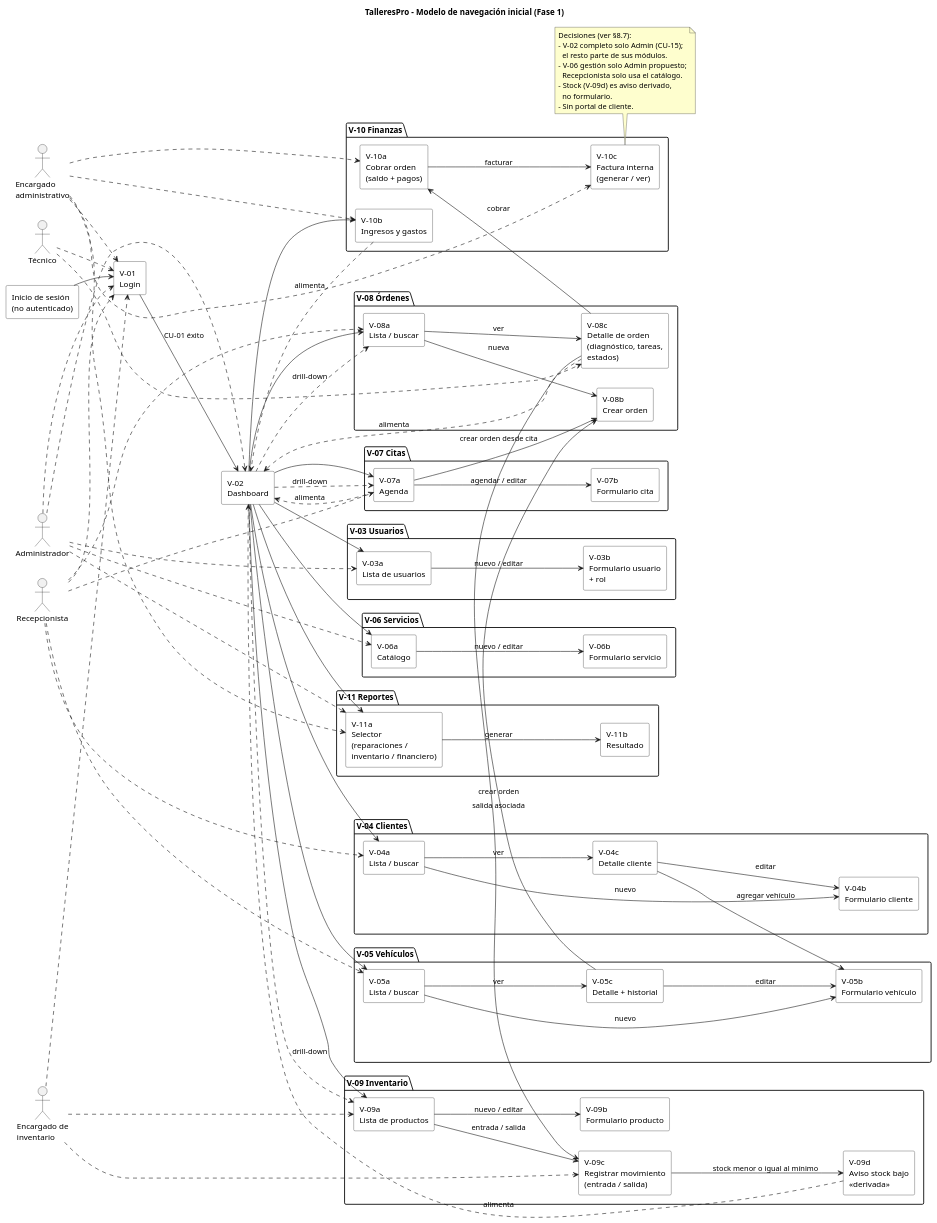
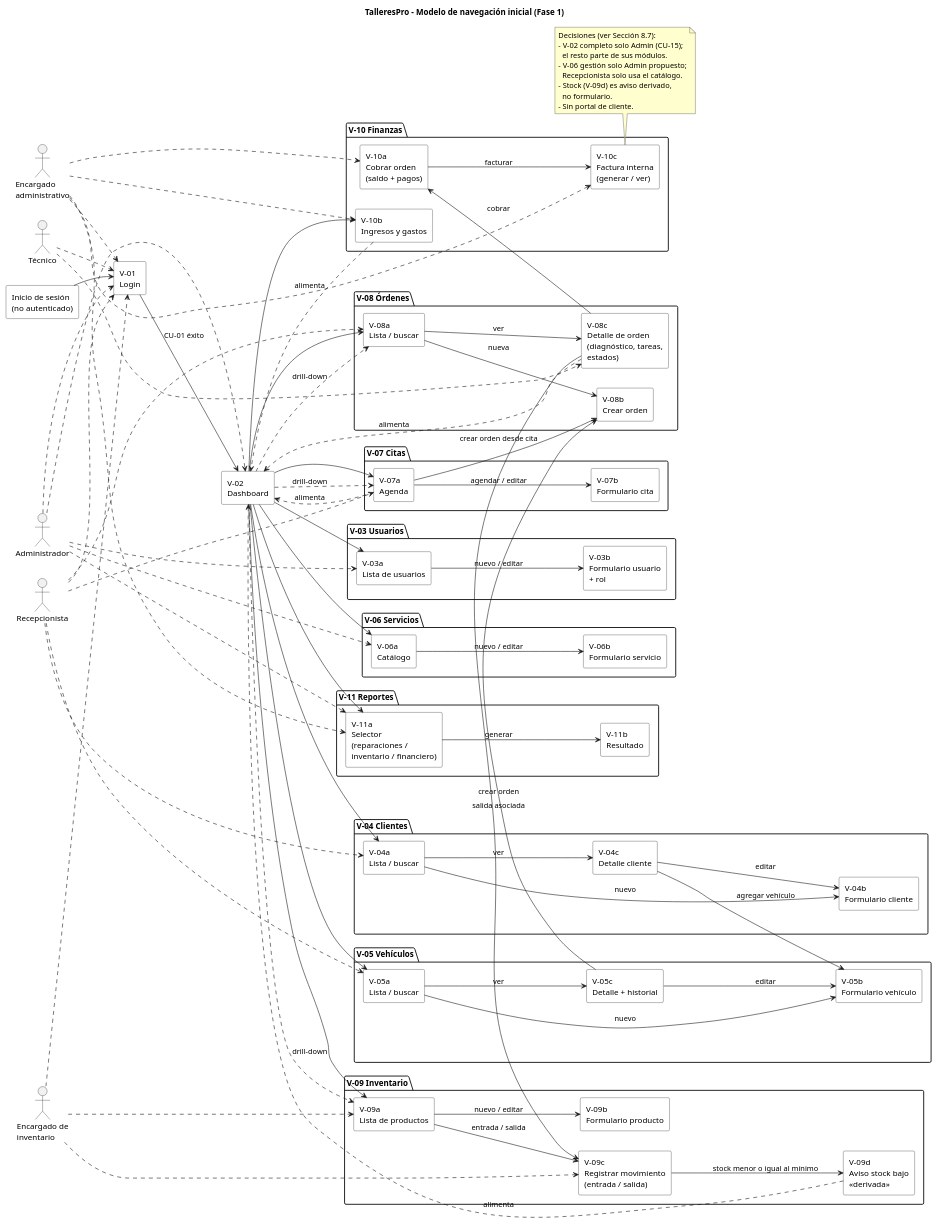
One commit to santty1906/TalleresPro changed the diagram in Fase 1/diagrama_navegacion.puml. Above: the diagram before and after it, drawn with PlantUML. The commit also changed 22 other files, not shown here.

```diff
--- a/Fase 1/diagrama_navegacion.puml
+++ b/Fase 1/diagrama_navegacion.puml
@@ -33,7 +33,7 @@
 
 left to right direction
 
-' ---- Actores (solo accesos principales; ver matriz §8.4) ----
+' ---- Actores (solo accesos principales; ver matriz Sección 8.4) ----
 actor "Administrador" as Admin
 actor "Recepcionista" as Recep
 actor "Técnico" as Tec
@@ -156,7 +156,7 @@
 Stock ..> Dash : alimenta
 F_IG ..> Dash : alimenta
 
-' ---- Accesos principales por rol (punteado; detalle en §8.4) ----
+' ---- Accesos principales por rol (punteado; detalle en Sección 8.4) ----
 ' Todos se autentican (CU-01).
 Admin ..> Login
 Recep ..> Login
@@ -185,14 +185,14 @@
 Admvo ..> F_F
 Admvo ..> R_S
 
-' Consultas secundarias documentadas en §8.4:
+' Consultas secundarias documentadas en Sección 8.4:
 ' Recepcionista y Administrador consultan O_D;
 ' Encargado administrativo e Inventario consultan O_L;
 ' Administrador consulta Inventario y Finanzas.
 ' No se dibujan para evitar saturación; ver matriz.
 
 note bottom of F_F
-  Decisiones (ver §8.7):
+  Decisiones (ver Sección 8.7):
   - V-02 completo solo Admin (CU-15);
     el resto parte de sus módulos.
   - V-06 gestión solo Admin propuesto;
```
